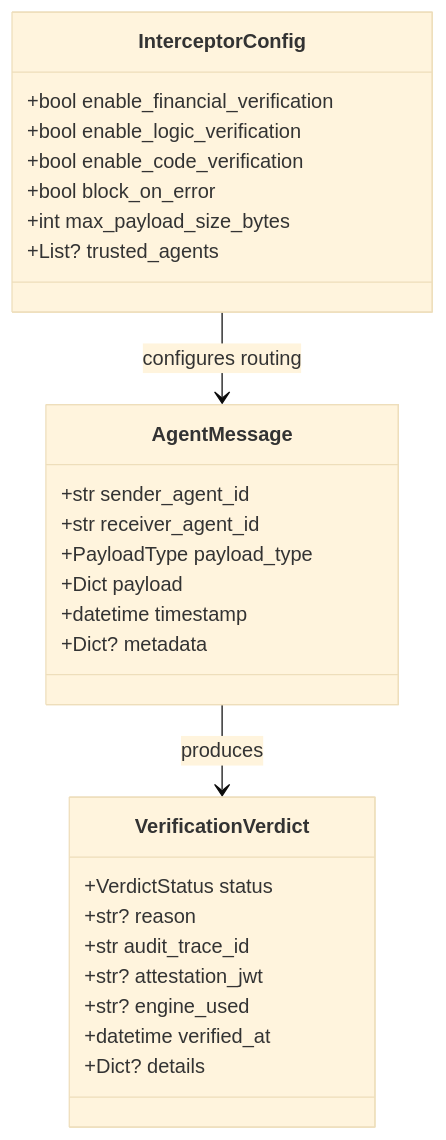
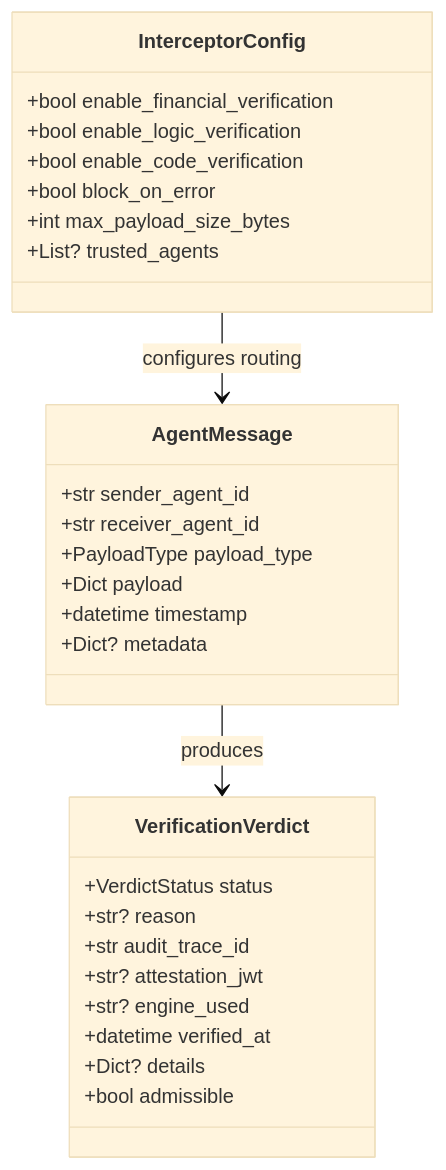
One commit to QWED-AI/docs changed the fifth of 5 diagrams in a2a/architecture.mdx. Above: the diagram before and after it, drawn with Mermaid (base theme). The commit also changed other lines of this file and 3 other files, not shown here.

````diff
--- a/a2a/architecture.mdx
+++ b/a2a/architecture.mdx
@@ -163,33 +170,34 @@
 ```mermaid
 classDiagram
     class AgentMessage {
         +str sender_agent_id
         +str receiver_agent_id
         +PayloadType payload_type
         +Dict payload
         +datetime timestamp
         +Dict? metadata
     }
 
     class VerificationVerdict {
         +VerdictStatus status
         +str? reason
         +str audit_trace_id
         +str? attestation_jwt
         +str? engine_used
         +datetime verified_at
         +Dict? details
+        +bool admissible
     }
 
     class InterceptorConfig {
         +bool enable_financial_verification
         +bool enable_logic_verification
         +bool enable_code_verification
         +bool block_on_error
         +int max_payload_size_bytes
         +List? trusted_agents
     }
 
     AgentMessage --> VerificationVerdict : produces
     InterceptorConfig --> AgentMessage : configures routing
 ```
````
